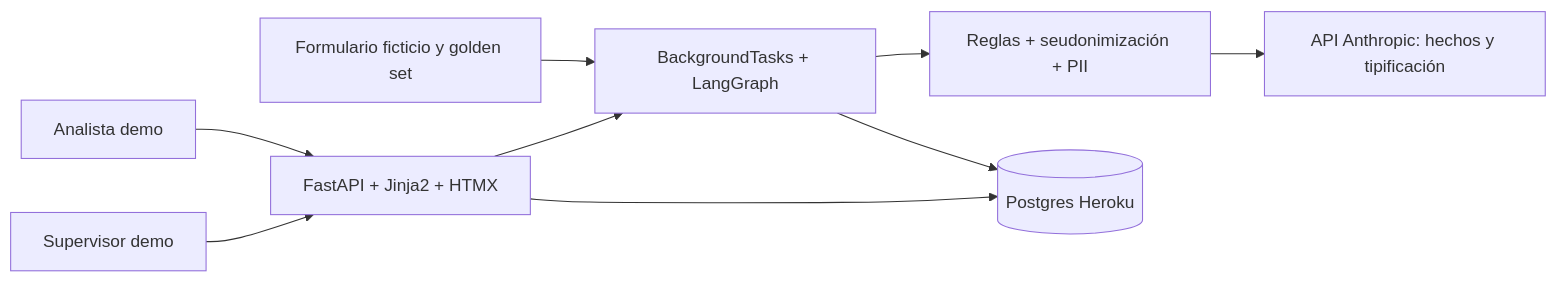
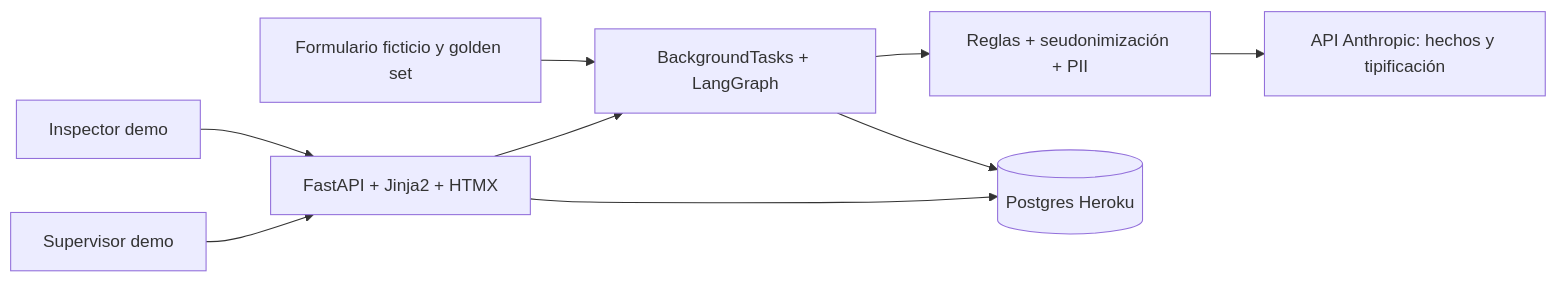
Before and after one commit to Sebamardones/agente-karin-triage: the diagram in docs/diagramas/karin-1.mmd, drawn with Mermaid. The commit also changed 46 other files, not shown here.

```diff
--- a/docs/diagramas/karin-1.mmd
+++ b/docs/diagramas/karin-1.mmd
@@ -1,9 +1,9 @@
 flowchart LR
-  A[Analista demo] --> UI[FastAPI + Jinja2 + HTMX]
+  A[Inspector demo] --> UI[FastAPI + Jinja2 + HTMX]
   S[Supervisor demo] --> UI
   I[Formulario ficticio y golden set] --> G[BackgroundTasks + LangGraph]
   UI --> G
   G --> P[Reglas + seudonimización + PII]
   P --> C[API Anthropic: hechos y tipificación]
   G --> DB[(Postgres Heroku)]
   UI --> DB
```
